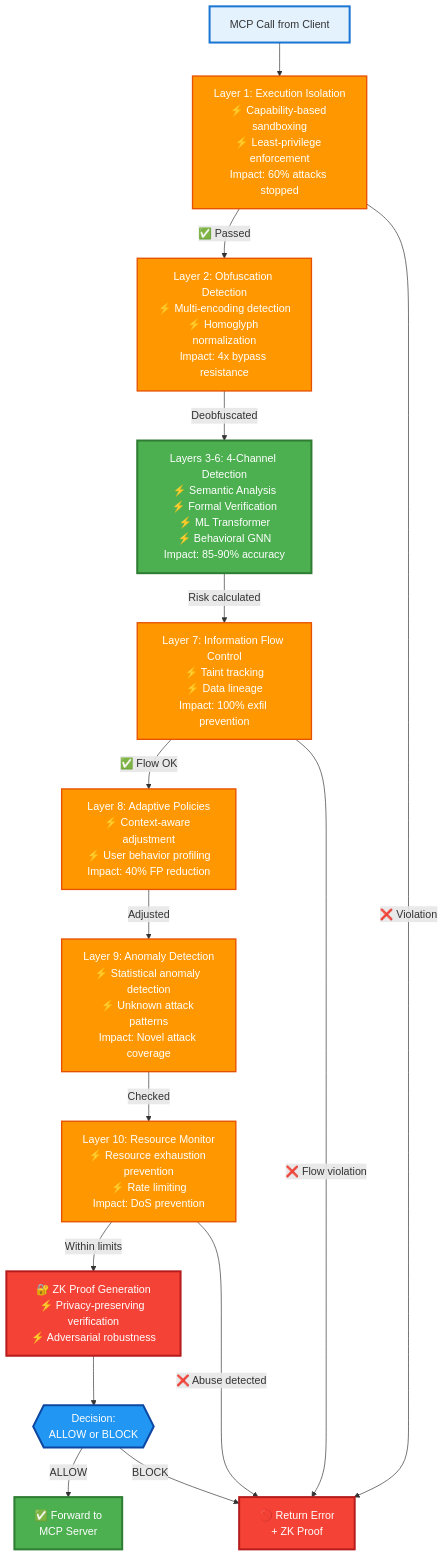
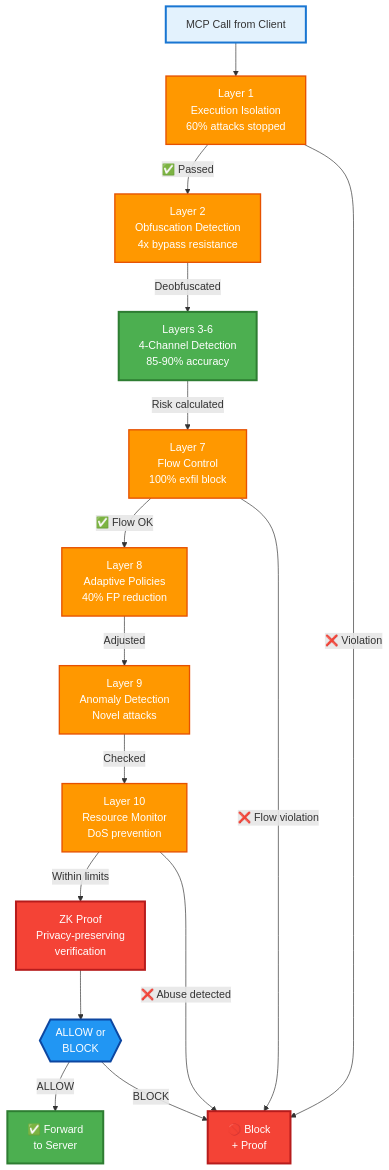
One commit to safe-mcp-platform/safe-mcp-platform changed the second of 6 diagrams in ARCHITECTURE.md. Above: the diagram before and after it, drawn with Mermaid. The commit also changed other lines of this file, not shown here.

Commit message:
Fix diagram text overlaps - make labels concise and clean

````diff
--- a/ARCHITECTURE.md
+++ b/ARCHITECTURE.md
@@ -97,53 +97,53 @@
 ```mermaid
 graph TD
     START["MCP Call from Client"]
     
-    L1["Layer 1: Execution Isolation<br/>⚡ Capability-based sandboxing<br/>⚡ Least-privilege enforcement<br/>Impact: 60% attacks stopped"]
+    L1["Layer 1<br/>Execution Isolation<br/>60% attacks stopped"]
     
-    L2["Layer 2: Obfuscation Detection<br/>⚡ Multi-encoding detection<br/>⚡ Homoglyph normalization<br/>Impact: 4x bypass resistance"]
+    L2["Layer 2<br/>Obfuscation Detection<br/>4x bypass resistance"]
     
-    L3_6["Layers 3-6: 4-Channel Detection<br/>⚡ Semantic Analysis<br/>⚡ Formal Verification<br/>⚡ ML Transformer<br/>⚡ Behavioral GNN<br/>Impact: 85-90% accuracy"]
+    L3_6["Layers 3-6<br/>4-Channel Detection<br/>85-90% accuracy"]
     
-    L7["Layer 7: Information Flow Control<br/>⚡ Taint tracking<br/>⚡ Data lineage<br/>Impact: 100% exfil prevention"]
+    L7["Layer 7<br/>Flow Control<br/>100% exfil block"]
     
-    L8["Layer 8: Adaptive Policies<br/>⚡ Context-aware adjustment<br/>⚡ User behavior profiling<br/>Impact: 40% FP reduction"]
+    L8["Layer 8<br/>Adaptive Policies<br/>40% FP reduction"]
     
-    L9["Layer 9: Anomaly Detection<br/>⚡ Statistical anomaly detection<br/>⚡ Unknown attack patterns<br/>Impact: Novel attack coverage"]
+    L9["Layer 9<br/>Anomaly Detection<br/>Novel attacks"]
     
-    L10["Layer 10: Resource Monitor<br/>⚡ Resource exhaustion prevention<br/>⚡ Rate limiting<br/>Impact: DoS prevention"]
+    L10["Layer 10<br/>Resource Monitor<br/>DoS prevention"]
     
-    ZK["🔐 ZK Proof Generation<br/>⚡ Privacy-preserving verification<br/>⚡ Adversarial robustness"]
+    ZK["ZK Proof<br/>Privacy-preserving<br/>verification"]
     
-    DECISION{{"Decision:<br/>ALLOW or BLOCK"}}
+    DECISION{{"ALLOW or<br/>BLOCK"}}
     
     START --> L1
     L1 -->|"✅ Passed"| L2
     L1 -->|"❌ Violation"| BLOCK
     L2 -->|"Deobfuscated"| L3_6
     L3_6 -->|"Risk calculated"| L7
     L7 -->|"✅ Flow OK"| L8
     L7 -->|"❌ Flow violation"| BLOCK
     L8 -->|"Adjusted"| L9
     L9 -->|"Checked"| L10
     L10 -->|"Within limits"| ZK
     L10 -->|"❌ Abuse detected"| BLOCK
     ZK --> DECISION
     DECISION -->|"ALLOW"| ALLOW
     DECISION -->|"BLOCK"| BLOCK
     
-    ALLOW["✅ Forward to<br/>MCP Server"]
-    BLOCK["🚫 Return Error<br/>+ ZK Proof"]
+    ALLOW["✅ Forward<br/>to Server"]
+    BLOCK["🚫 Block<br/>+ Proof"]
     
     style START fill:#e3f2fd,stroke:#1976d2,stroke-width:3px
     style L1 fill:#ff9800,color:#fff,stroke:#e65100,stroke-width:2px
     style L2 fill:#ff9800,color:#fff,stroke:#e65100,stroke-width:2px
     style L3_6 fill:#4caf50,color:#fff,stroke:#2e7d32,stroke-width:3px
     style L7 fill:#ff9800,color:#fff,stroke:#e65100,stroke-width:2px
     style L8 fill:#ff9800,color:#fff,stroke:#e65100,stroke-width:2px
     style L9 fill:#ff9800,color:#fff,stroke:#e65100,stroke-width:2px
     style L10 fill:#ff9800,color:#fff,stroke:#e65100,stroke-width:2px
     style ZK fill:#f44336,color:#fff,stroke:#b71c1c,stroke-width:3px
     style DECISION fill:#2196f3,color:#fff,stroke:#0d47a1,stroke-width:3px
     style ALLOW fill:#4caf50,color:#fff,stroke:#2e7d32,stroke-width:3px
     style BLOCK fill:#f44336,color:#fff,stroke:#b71c1c,stroke-width:3px
 ```
````
